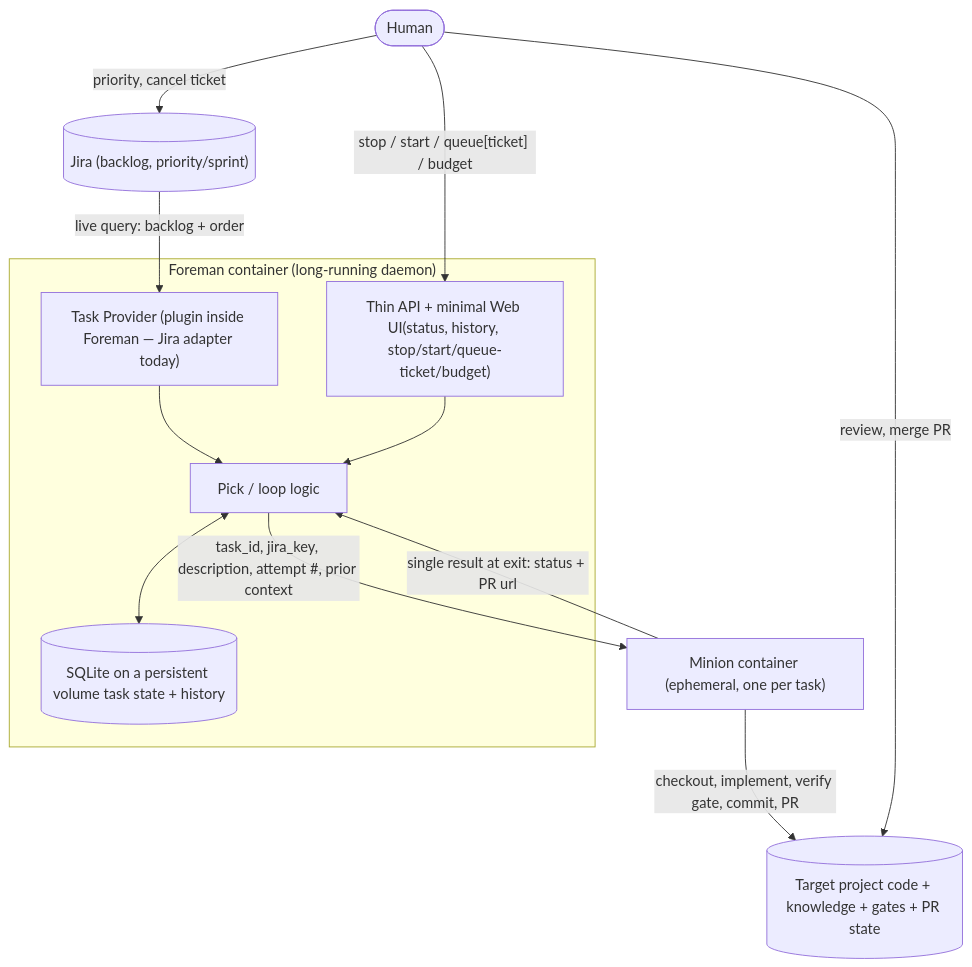
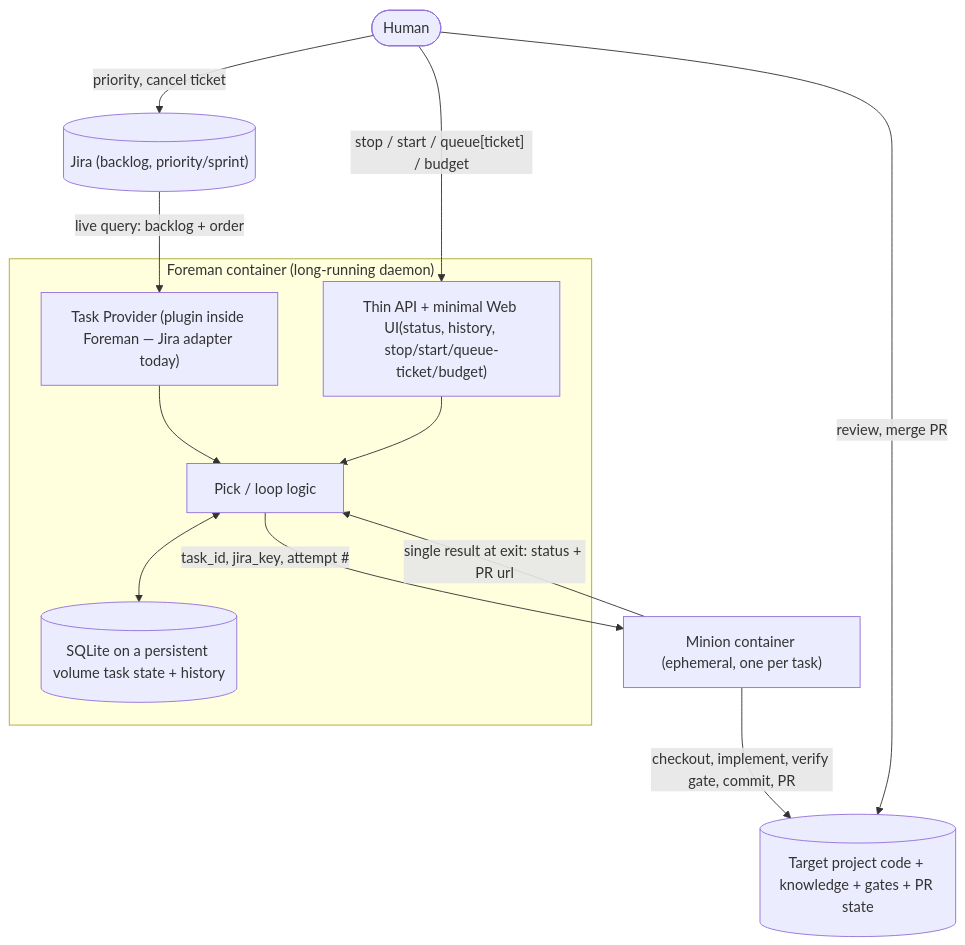
The diagram in docs/architecture.md (andrewmolyuk/instrumenta), drawn with Mermaid before and after one commit. The commit also changed other lines of this file and 32 other files, not shown here.

First line of the commit message:
feat: Minion reads its own ticket from Jira, attachments included (ADR-012)

````diff
--- a/docs/architecture.md
+++ b/docs/architecture.md
@@ -10,26 +10,26 @@
 ```mermaid
 flowchart TD
     Jira[("Jira (backlog, priority/sprint)")]
     Human(["Human"])
 
     subgraph Foreman["Foreman container (long-running daemon)"]
         TP["Task Provider (plugin inside Foreman — Jira adapter today)"]
         Pick["Pick / loop logic"]
         DB[("SQLite on a persistent volume task state + history")]
         API["Thin API + minimal Web UI(status, history, stop/start/queue-ticket/budget)"]
     end
 
     Minion["Minion container (ephemeral, one per task)"]
     Target[("Target project code + knowledge + gates + PR state")]
 
     Jira -- "live query: backlog + order" --> TP
     TP --> Pick
     Pick <--> DB
     Human -- "stop / start / queue[ticket] / budget" --> API
     API --> Pick
-    Pick -- "task_id, jira_key, description, attempt #, prior context" --> Minion
+    Pick -- "task_id, jira_key, attempt #" --> Minion
     Minion -- "checkout, implement, verify gate, commit, PR" --> Target
     Minion -- "single result at exit: status + PR url" --> Pick
     Human -- "priority, cancel ticket" --> Jira
     Human -- "review, merge PR" --> Target
 ```
````
